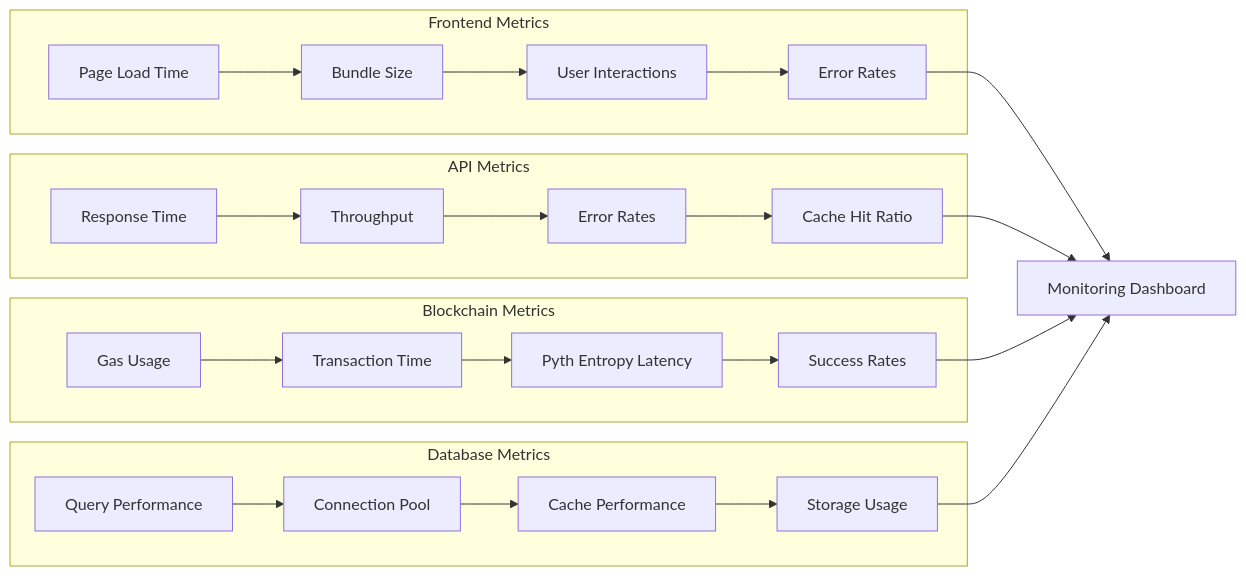
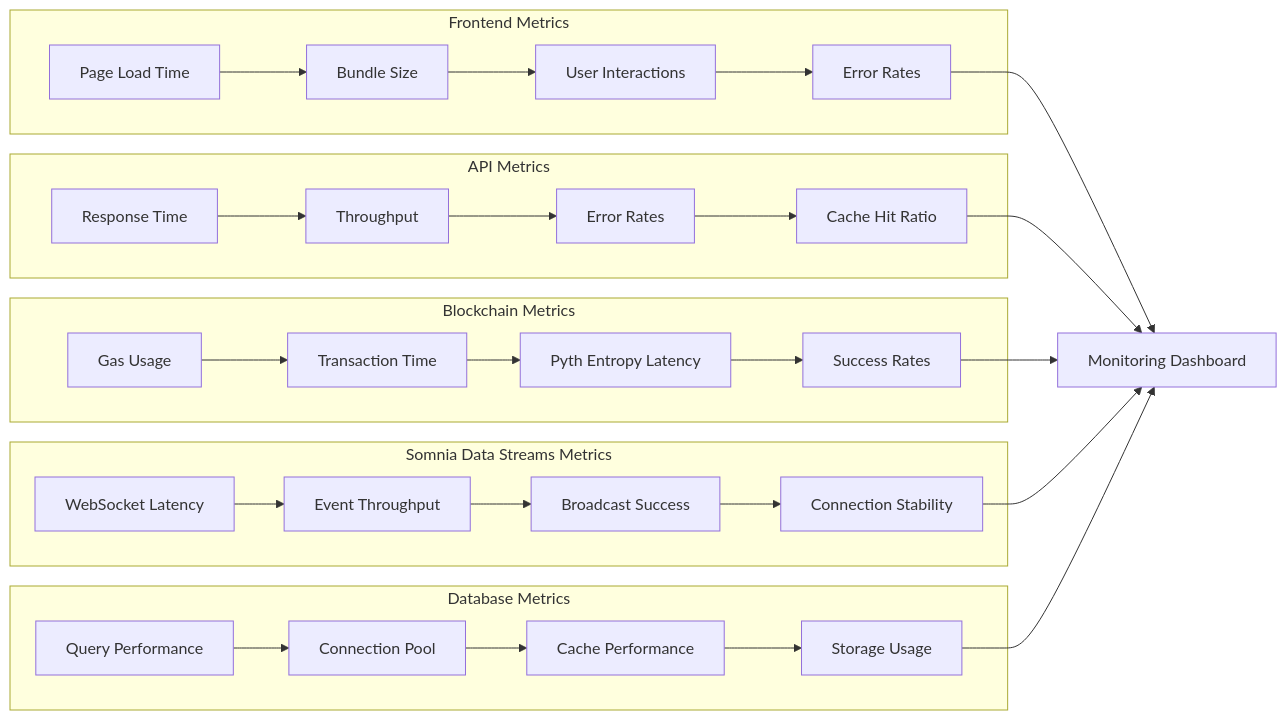
Before and after one commit to AmaanSayyad/APT-Casino-Somnia: diagram 18 of 24 in MERMAID_DIAGRAMS.md, drawn with Mermaid. The commit also changed other lines of this file and 6 other files, not shown here.

Commit message:
diagrams and wd

````diff
--- a/MERMAID_DIAGRAMS.md
+++ b/MERMAID_DIAGRAMS.md
@@ -510,31 +635,38 @@
 ```mermaid
 graph LR
     subgraph Frontend["Frontend Metrics"]
         A[Page Load Time] --> B[Bundle Size]
         B --> C[User Interactions]
         C --> D[Error Rates]
     end
     
     subgraph API["API Metrics"]
         E[Response Time] --> F[Throughput]
         F --> G[Error Rates]
         G --> H[Cache Hit Ratio]
     end
     
     subgraph Blockchain["Blockchain Metrics"]
         I[Gas Usage] --> J[Transaction Time]
         J --> K[Pyth Entropy Latency]
         K --> L[Success Rates]
     end
     
-    subgraph Database["Database Metrics"]
-        M[Query Performance] --> N[Connection Pool]
-        N --> O[Cache Performance]
-        O --> P[Storage Usage]
+    subgraph DataStreams["Somnia Data Streams Metrics"]
+        M[WebSocket Latency] --> N[Event Throughput]
+        N --> O[Broadcast Success]
+        O --> P[Connection Stability]
     end
     
-    D --> Q[Monitoring Dashboard]
-    H --> Q
-    L --> Q
-    P --> Q
+    subgraph Database["Database Metrics"]
+        Q[Query Performance] --> R[Connection Pool]
+        R --> S[Cache Performance]
+        S --> T[Storage Usage]
+    end
+    
+    D --> U[Monitoring Dashboard]
+    H --> U
+    L --> U
+    P --> U
+    T --> U
 ```
````
